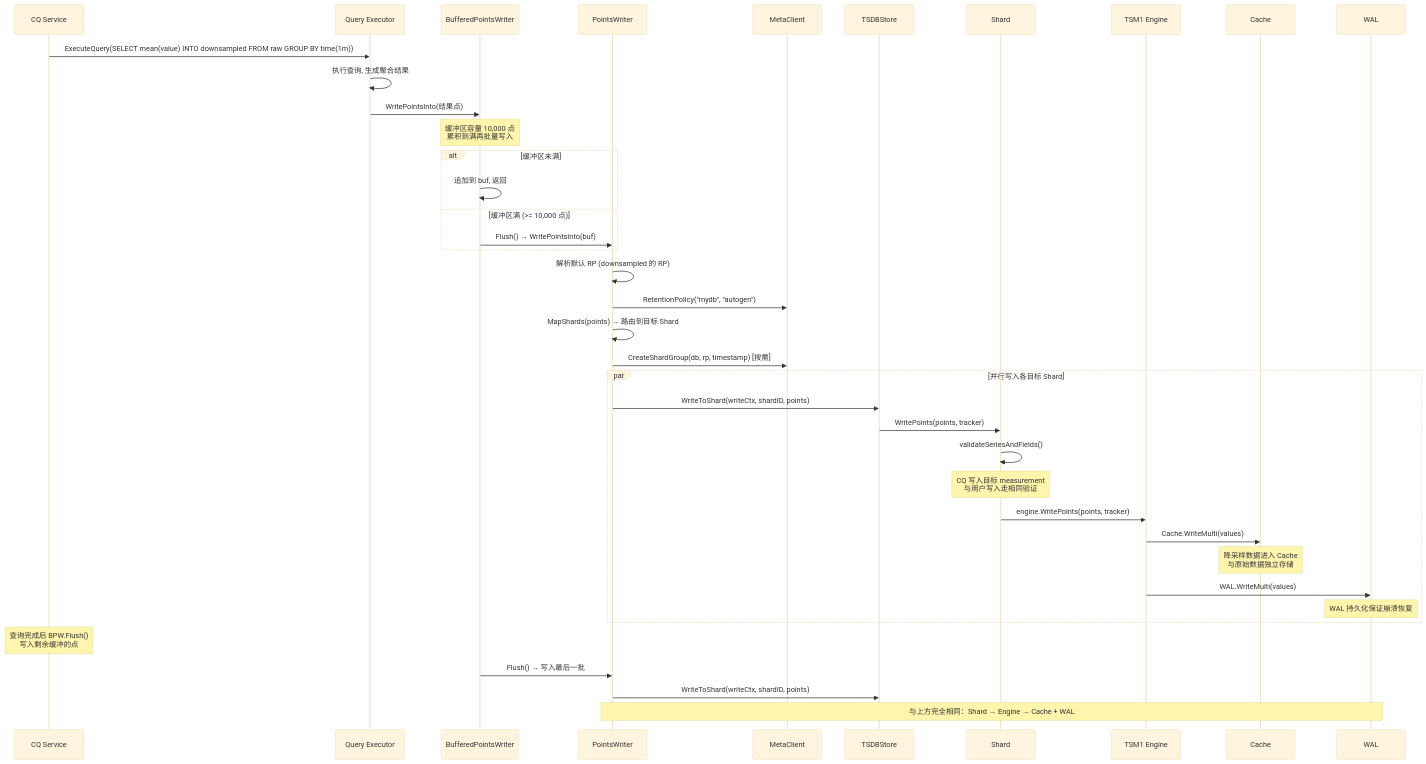
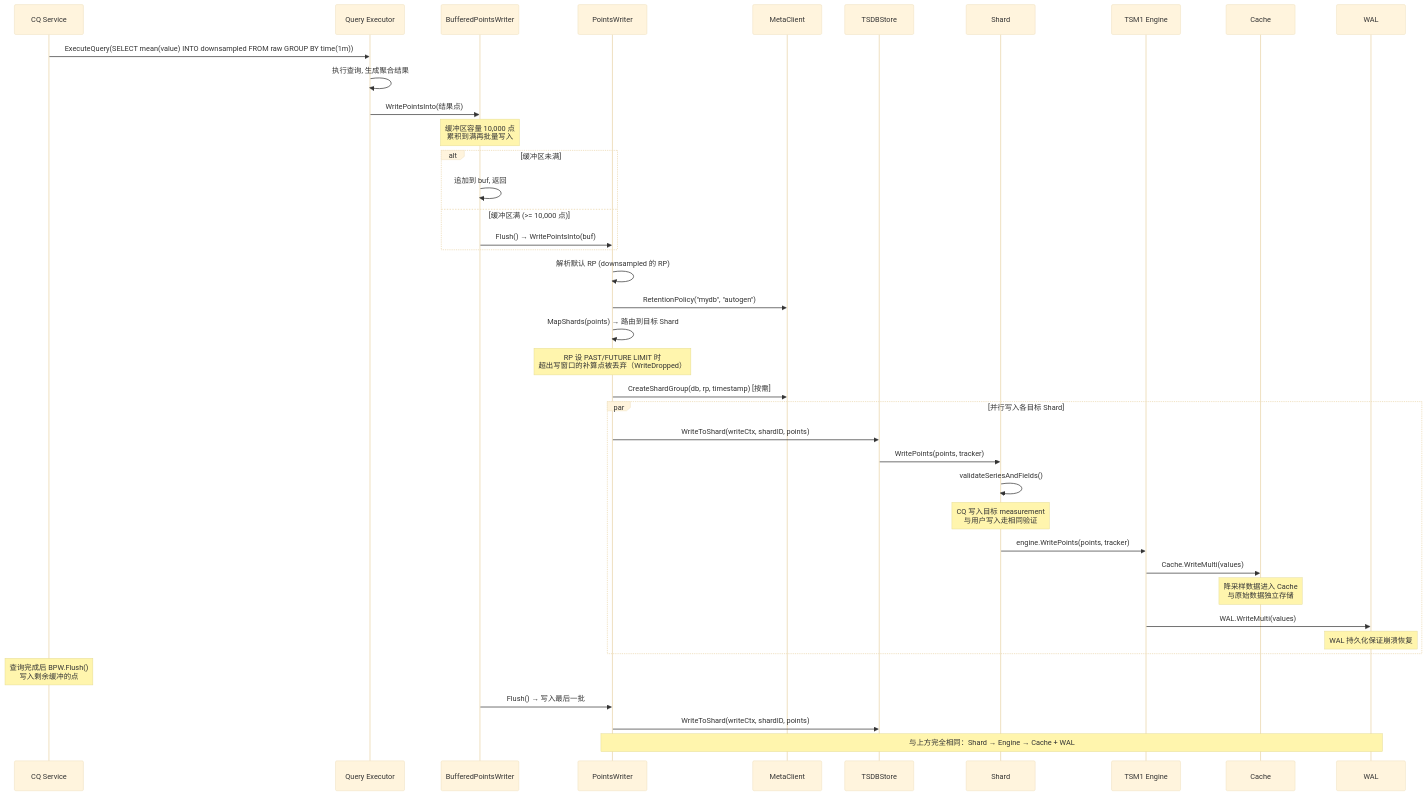
Before and after one commit to stefanv5/influxdb: the sixth of 16 diagrams in docs/specs/05_downsampling_spec.md, drawn with Mermaid (base theme). The commit also changed other lines of this file and 18 other files, not shown here.

````diff
--- a/docs/specs/05_downsampling_spec.md
+++ b/docs/specs/05_downsampling_spec.md
@@ -800,48 +801,49 @@
 ```mermaid
 sequenceDiagram
     participant CQ as CQ Service
     participant Executor as Query Executor
     participant BPW as BufferedPointsWriter
     participant PW as PointsWriter
     participant Meta as MetaClient
     participant TSDB as TSDBStore
     participant Shard as Shard
     participant Engine as TSM1 Engine
     participant Cache as Cache
     participant WAL as WAL
 
     CQ->>Executor: ExecuteQuery(SELECT mean(value) INTO downsampled FROM raw GROUP BY time(1m))
     Executor->>Executor: 执行查询, 生成聚合结果
 
     Executor->>BPW: WritePointsInto(结果点)
     Note over BPW: 缓冲区容量 10,000 点<br>累积到满再批量写入
 
     alt 缓冲区未满
         BPW->>BPW: 追加到 buf, 返回
     else 缓冲区满 (>= 10,000 点)
         BPW->>PW: Flush() → WritePointsInto(buf)
     end
 
     PW->>PW: 解析默认 RP (downsampled 的 RP)
     PW->>Meta: RetentionPolicy("mydb", "autogen")
     PW->>PW: MapShards(points) → 路由到目标 Shard
+    Note over PW: RP 设 PAST/FUTURE LIMIT 时<br/>超出写窗口的补算点被丢弃（WriteDropped）
     PW->>Meta: CreateShardGroup(db, rp, timestamp) [按需]
 
     par 并行写入各目标 Shard
         PW->>TSDB: WriteToShard(writeCtx, shardID, points)
         TSDB->>Shard: WritePoints(points, tracker)
         Shard->>Shard: validateSeriesAndFields()
         Note over Shard: CQ 写入目标 measurement<br>与用户写入走相同验证
         Shard->>Engine: engine.WritePoints(points, tracker)
         Engine->>Cache: Cache.WriteMulti(values)
         Note over Cache: 降采样数据进入 Cache<br>与原始数据独立存储
         Engine->>WAL: WAL.WriteMulti(values)
         Note over WAL: WAL 持久化保证崩溃恢复
     end
 
     Note over CQ: 查询完成后 BPW.Flush()<br>写入剩余缓冲的点
 
     BPW->>PW: Flush() → 写入最后一批
     PW->>TSDB: WriteToShard(writeCtx, shardID, points)
     Note over PW,WAL: 与上方完全相同：Shard → Engine → Cache + WAL
 ```
````
